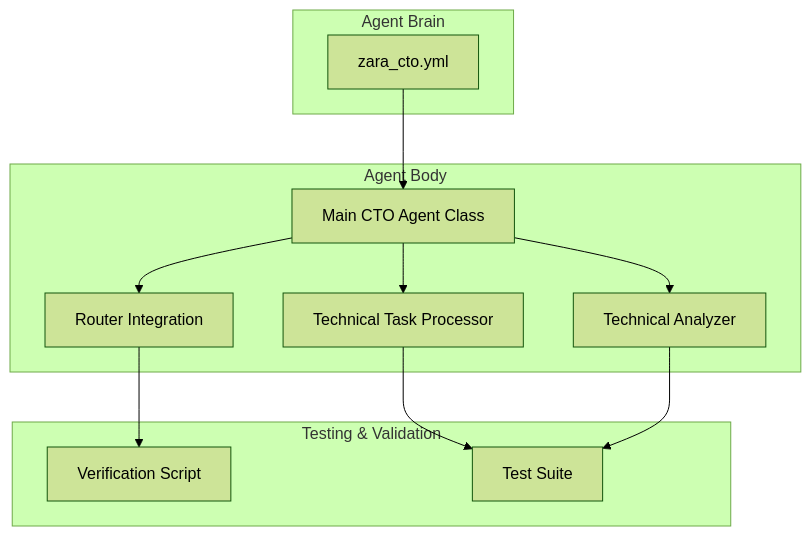
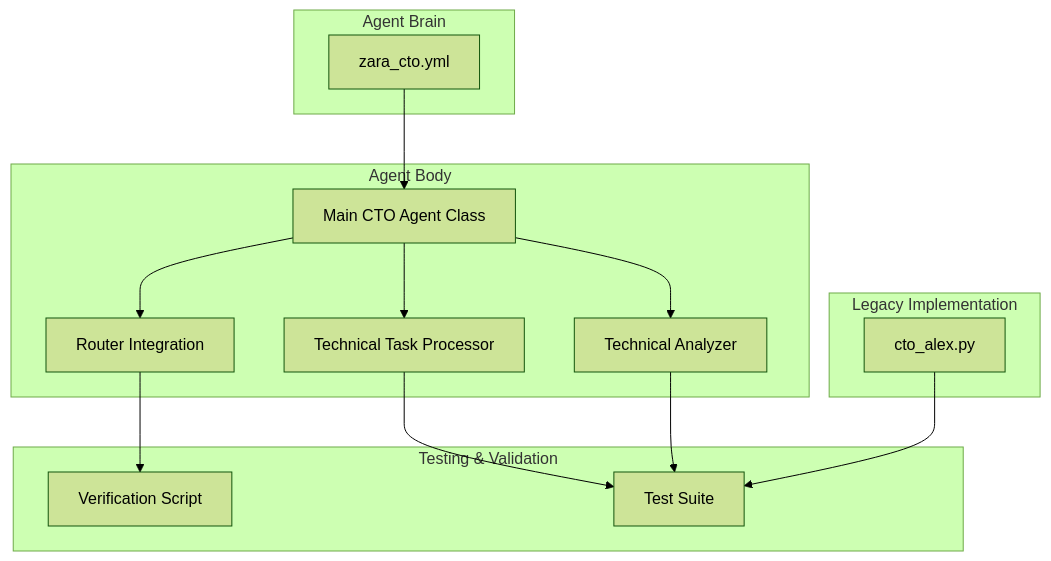
The first of 5 diagrams in .qoder/repowiki/en/content/CTO Agent (Alex).md (371-Minds/os), drawn with Mermaid (forest theme) before and after one commit. The commit also changed other lines of this file and 8 other files, not shown here.

````diff
--- a/.qoder/repowiki/en/content/CTO Agent (Alex).md
+++ b/.qoder/repowiki/en/content/CTO Agent (Alex).md
@@ -48,19 +50,23 @@
 ```mermaid
 graph TD
 subgraph "Agent Body"
 index[Main CTO Agent Class] --> processor[Technical Task Processor]
 index --> analyzer[Technical Analyzer]
 index --> router[Router Integration]
 end
 subgraph "Agent Brain"
 definition[zara_cto.yml]
 end
+subgraph "Legacy Implementation"
+python[cto_alex.py]
+end
 subgraph "Testing & Validation"
 verify[Verification Script]
 tests[Test Suite]
 end
 definition --> index
 processor --> tests
 analyzer --> tests
 router --> verify
+python --> tests
 ```
````
